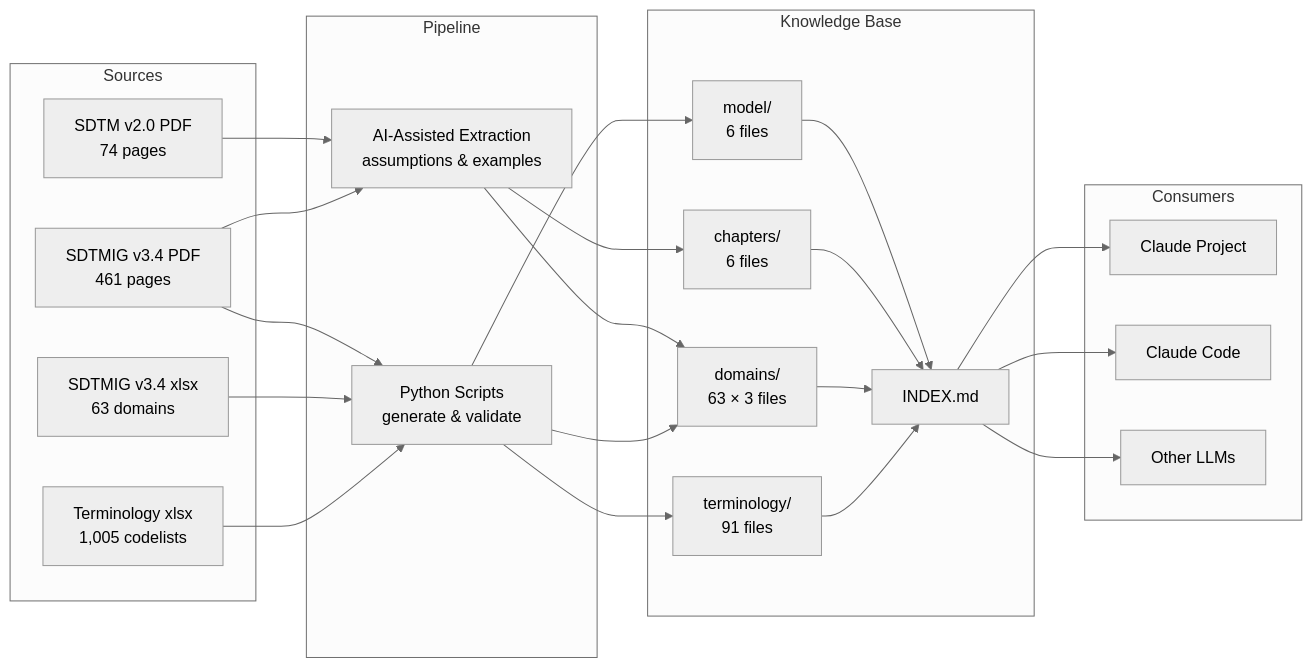
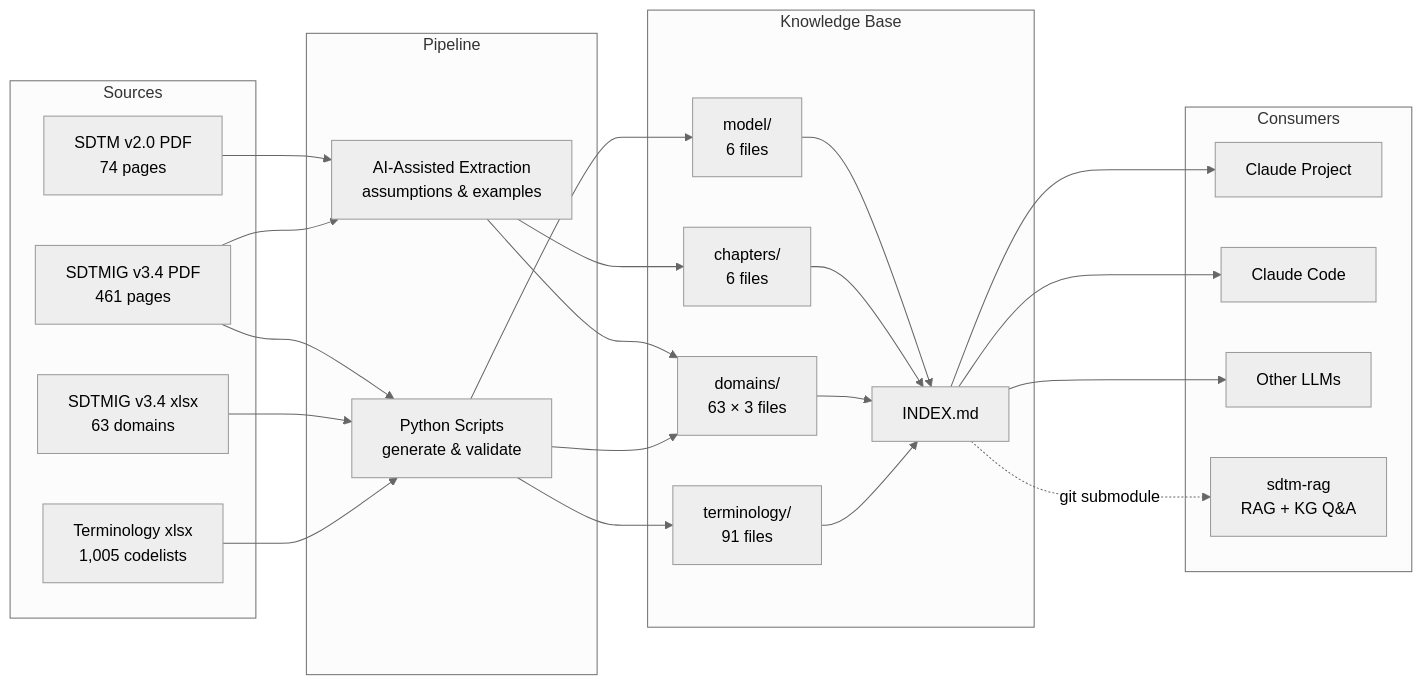
One commit to hakupao/sdtm-pedia changed the first of 2 diagrams in README.md. Above: the diagram before and after it, drawn with Mermaid (neutral theme). The commit also changed other lines of this file and 27 other files, not shown here.

First line of the commit message:
docs: surface sibling repo sdtm-rag + KB tag convention + Tier B repair plan

````diff
--- a/README.md
+++ b/README.md
@@ -46,46 +50,48 @@
 ```mermaid
 graph LR
     subgraph Sources
         A[SDTMIG v3.4 PDF<br/>461 pages]
         B[SDTM v2.0 PDF<br/>74 pages]
         C[SDTMIG v3.4 xlsx<br/>63 domains]
         D[Terminology xlsx<br/>1,005 codelists]
     end
 
     subgraph Pipeline
         E[Python Scripts<br/>generate & validate]
         F[AI-Assisted Extraction<br/>assumptions & examples]
     end
 
     subgraph Knowledge Base
         G[model/<br/>6 files]
         H[chapters/<br/>6 files]
         I[domains/<br/>63 × 3 files]
         J[terminology/<br/>91 files]
         K[INDEX.md]
     end
 
     subgraph Consumers
         L[Claude Project]
         M[Claude Code]
         N[Other LLMs]
+        O[sdtm-rag<br/>RAG + KG Q&A]
     end
 
     A --> E
     B --> F
     C --> E
     D --> E
     A --> F
     E --> G
     E --> J
     F --> H
     F --> I
     E --> I
     G --> K
     H --> K
     I --> K
     J --> K
     K --> L
     K --> M
     K --> N
+    K -.git submodule.-> O
 ```
````
